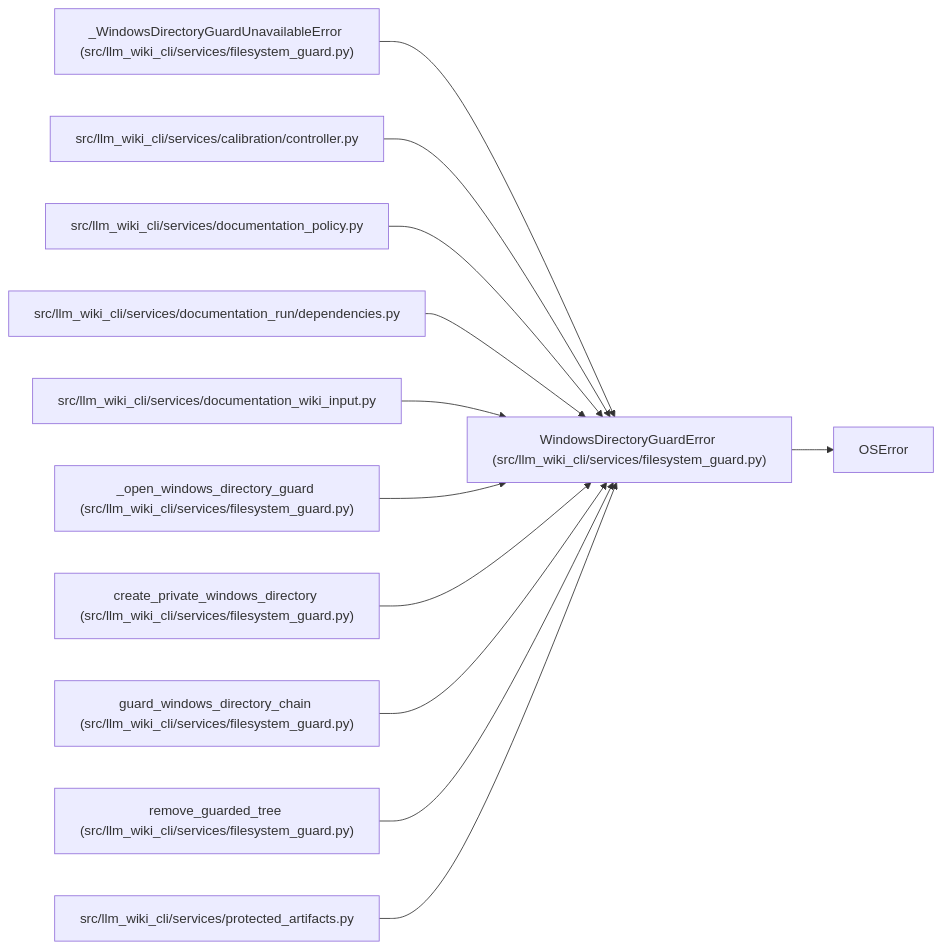
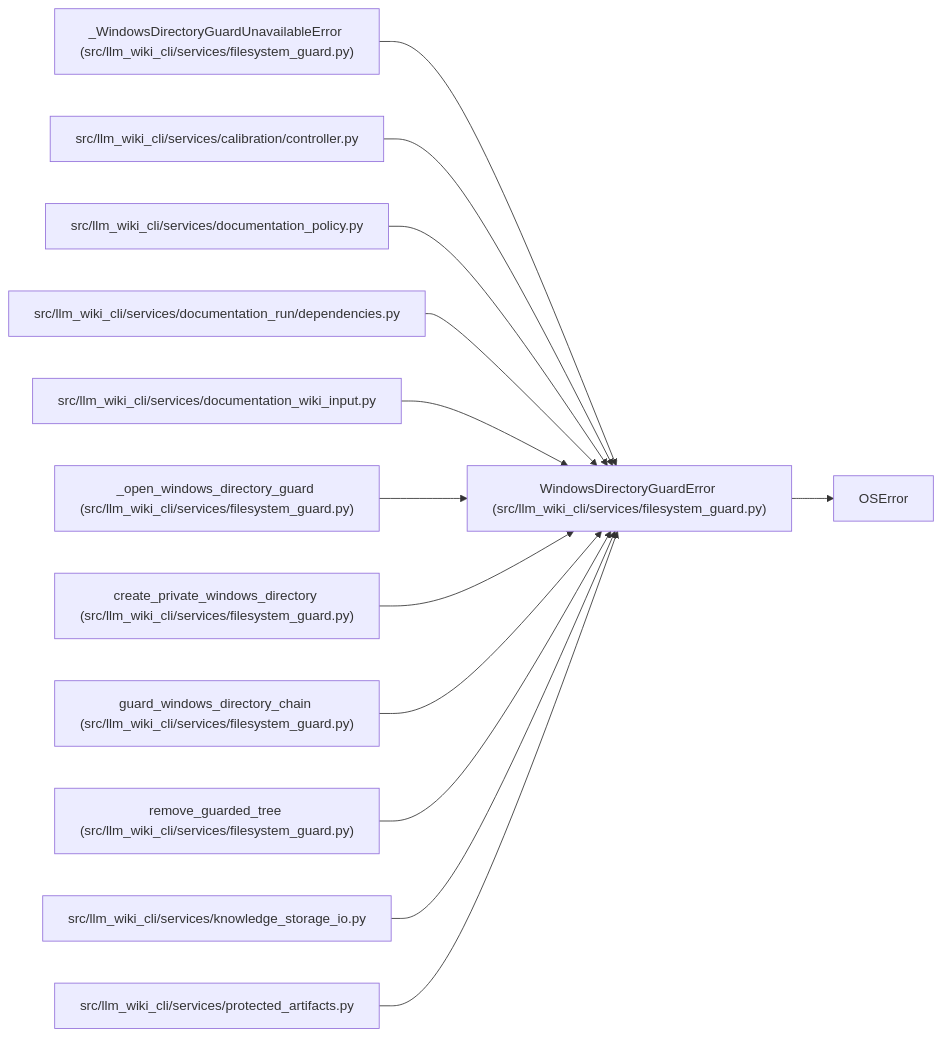
The diagram in docs/llm_wiki/entities/WindowsDirectoryGuardError.md (Denissvgn/python-wiki-llm), drawn with Mermaid before and after one commit. The commit also changed other lines of this file and 865 other files, not shown here.

First line of the commit message:
Add native task workflows and scalable indexed knowledge storage (#35)

````diff
--- a/docs/llm_wiki/entities/WindowsDirectoryGuardError.md
+++ b/docs/llm_wiki/entities/WindowsDirectoryGuardError.md
@@ -23,37 +23,40 @@
 ```mermaid
 flowchart LR
     n0["WindowsDirectoryGuardError (src/llm_wiki_cli/services/filesystem_guard.py)"]
     n1["OSError"]
     n2["_WindowsDirectoryGuardUnavailableError (src/llm_wiki_cli/services/filesystem_guard.py)"]
     n3["src/llm_wiki_cli/services/calibration/controller.py"]
     n4["src/llm_wiki_cli/services/documentation_policy.py"]
     n5["src/llm_wiki_cli/services/documentation_run/dependencies.py"]
     n6["src/llm_wiki_cli/services/documentation_wiki_input.py"]
     n7["_open_windows_directory_guard (src/llm_wiki_cli/services/filesystem_guard.py)"]
     n8["create_private_windows_directory (src/llm_wiki_cli/services/filesystem_guard.py)"]
     n9["guard_windows_directory_chain (src/llm_wiki_cli/services/filesystem_guard.py)"]
     n10["remove_guarded_tree (src/llm_wiki_cli/services/filesystem_guard.py)"]
-    n11["src/llm_wiki_cli/services/protected_artifacts.py"]
+    n11["src/llm_wiki_cli/services/knowledge_storage_io.py"]
+    n12["src/llm_wiki_cli/services/protected_artifacts.py"]
     n0 --> n1
     n2 --> n0
     n3 --> n0
     n4 --> n0
     n5 --> n0
     n6 --> n0
     n7 --> n0
     n8 --> n0
     n9 --> n0
     n10 --> n0
     n11 --> n0
+    n12 --> n0
     click n0 "../modules/filesystem_guard.md"
     click n2 "../modules/filesystem_guard.md"
     click n3 "../modules/controller.md"
     click n4 "../modules/documentation_policy.md"
     click n5 "../modules/documentation_run_dependencies.md"
     click n6 "../modules/documentation_wiki_input.md"
     click n7 "../modules/filesystem_guard.md"
     click n8 "../modules/filesystem_guard.md"
     click n9 "../modules/filesystem_guard.md"
     click n10 "../modules/filesystem_guard.md"
-    click n11 "../modules/protected_artifacts.md"
+    click n11 "../modules/knowledge_storage_io.md"
+    click n12 "../modules/protected_artifacts.md"
 ```
````
